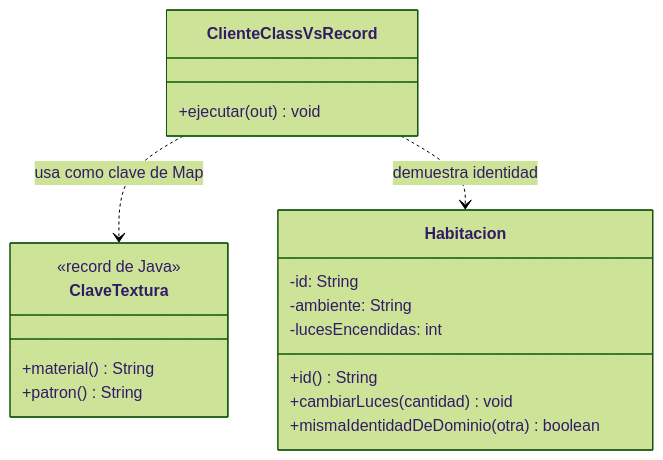
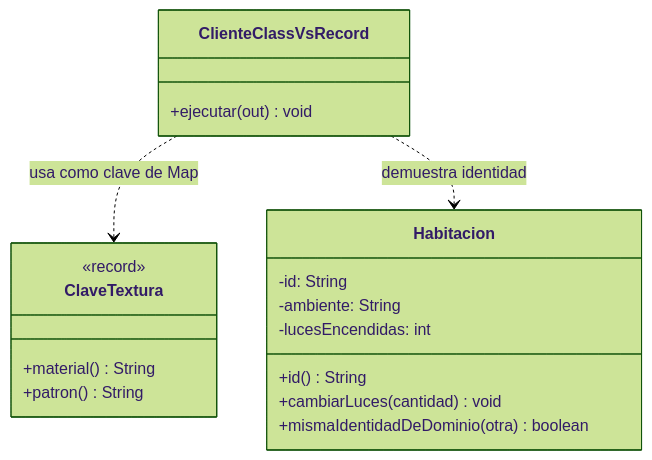
One commit to marcos-moreira-dev/Patrones-de-dise-o-Java changed the diagram in colecciones/liminal/docs/laboratorios/java/class-vs-record.md. Above: the diagram before and after it, drawn with Mermaid (forest theme). The commit also changed 2 other files, not shown here.

Commit message:
docs(liminal): UML de clases para copia profunda y notación Mermaid compatible

````diff
--- a/colecciones/liminal/docs/laboratorios/java/class-vs-record.md
+++ b/colecciones/liminal/docs/laboratorios/java/class-vs-record.md
@@ -44,21 +44,21 @@
 ```mermaid
 classDiagram
     class ClaveTextura {
-      <<record de Java>>
+      <<record>>
       +material() String
       +patron() String
     }
     class Habitacion {
       -id: String
       -ambiente: String
       -lucesEncendidas: int
       +id() String
       +cambiarLuces(cantidad) void
       +mismaIdentidadDeDominio(otra) boolean
     }
     class ClienteClassVsRecord {
       +ejecutar(out) void
     }
     ClienteClassVsRecord ..> ClaveTextura : usa como clave de Map
     ClienteClassVsRecord ..> Habitacion : demuestra identidad
 ```
````
